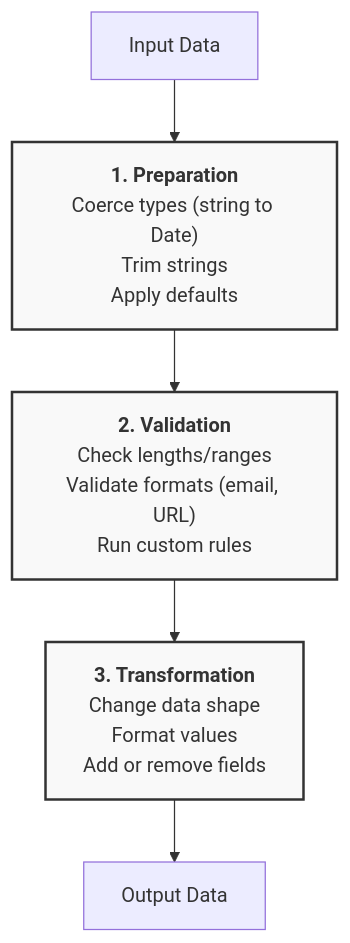
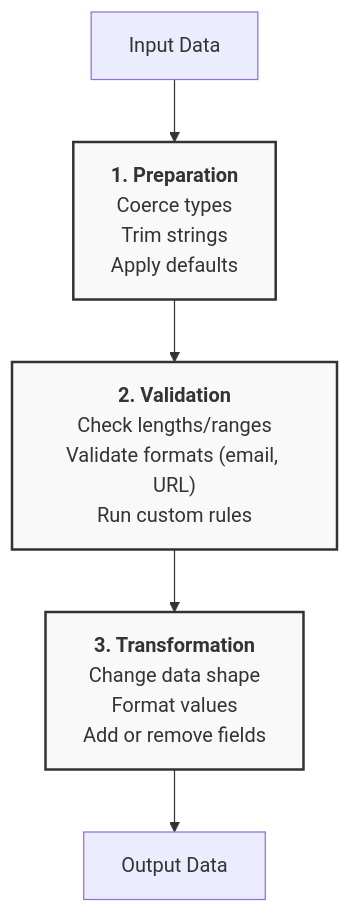
Before and after one commit to Ntropish/s-validator: the diagram in README.md, drawn with Mermaid.

Commit message:
Update README.md to simplify the preparation phase in the validation pipeline diagram by removing the type coercion detail for enhanced clarity.

````diff
--- a/README.md
+++ b/README.md
@@ -38,11 +38,11 @@
 ```mermaid
 graph TD
-    A[Input Data] --> P["<b>1. Preparation</b><br>Coerce types (string to Date)<br>Trim strings<br>Apply defaults"];
+    A[Input Data] --> P["<b>1. Preparation</b><br>Coerce types<br>Trim strings<br>Apply defaults"];
     P --> V["<b>2. Validation</b><br>Check lengths/ranges<br>Validate formats (email, URL)<br>Run custom rules"];
     V --> T["<b>3. Transformation</b><br>Change data shape<br>Format values<br>Add or remove fields"];
     T --> O[Output Data];
 
     style P fill:#f9f9f9,stroke:#333,stroke-width:2px,color:#333
     style V fill:#f9f9f9,stroke:#333,stroke-width:2px,color:#333
     style T fill:#f9f9f9,stroke:#333,stroke-width:2px,color:#333
 ```
````
